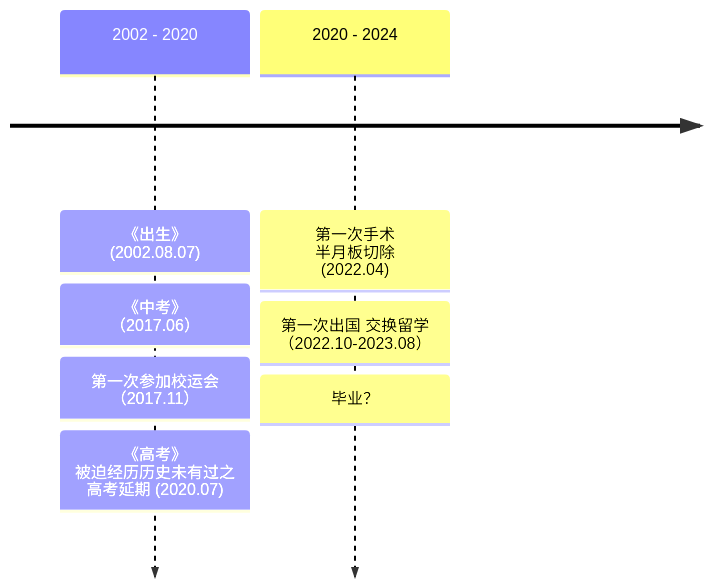
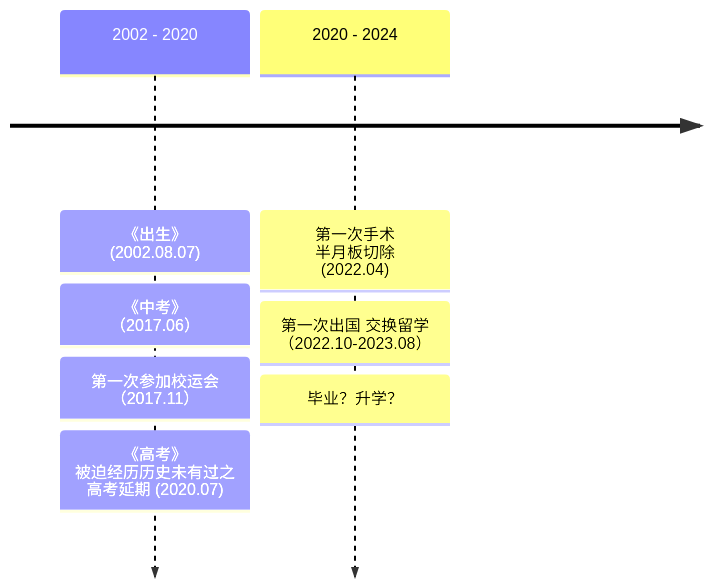
Before and after one commit to banligo/mysite: the diagram in content.zh/docs/aboutme.md, drawn with Mermaid. The commit also changed other lines of this file and 2 other files, not shown here.

```diff
--- a/content.zh/docs/aboutme.md
+++ b/content.zh/docs/aboutme.md
@@ -120,12 +123,12 @@
 {{< mermaid >}}
 
 %%{init: { 'logLevel': 'debug', 'theme': 'default' } }%%
     timeline
           2002 - 2020 : 《出生》 (2002.08.07)
                     : 《中考》 （2017.06）
                     : 第一次参加校运会 （2017.11）
                     : 《高考》 被迫经历历史未有过之 高考延期  (2020.07)
           2020 - 2024 : 第一次手术 半月板切除 (2022.04)
                     : 第一次出国 交换留学  （2022.10-2023.08）
-                    : 毕业？
+                    : 毕业？升学？
 {{< /mermaid >}}
```
